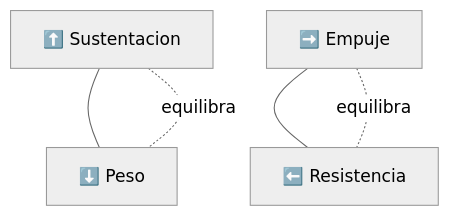
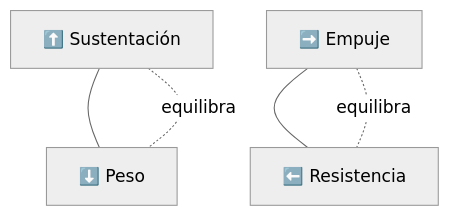
The diagram in vehiculos/aviones-pequenos/operacion/principios-avion-pequeno.md (vladimiracunadev-create/machine-operator-program), drawn with Mermaid (neutral theme) before and after one commit. The commit also changed other lines of this file and 442 other files, not shown here.

````diff
--- a/vehiculos/aviones-pequenos/operacion/principios-avion-pequeno.md
+++ b/vehiculos/aviones-pequenos/operacion/principios-avion-pequeno.md
@@ -20,7 +20,7 @@
 ```mermaid
 flowchart TD
-    Sust[⬆️ Sustentacion] --- Peso[⬇️ Peso]
+    Sust[⬆️ Sustentación] --- Peso[⬇️ Peso]
     Empuje[➡️ Empuje] --- Resist[⬅️ Resistencia]
     Sust -. equilibra .- Peso
     Empuje -. equilibra .- Resist
 ```
````
